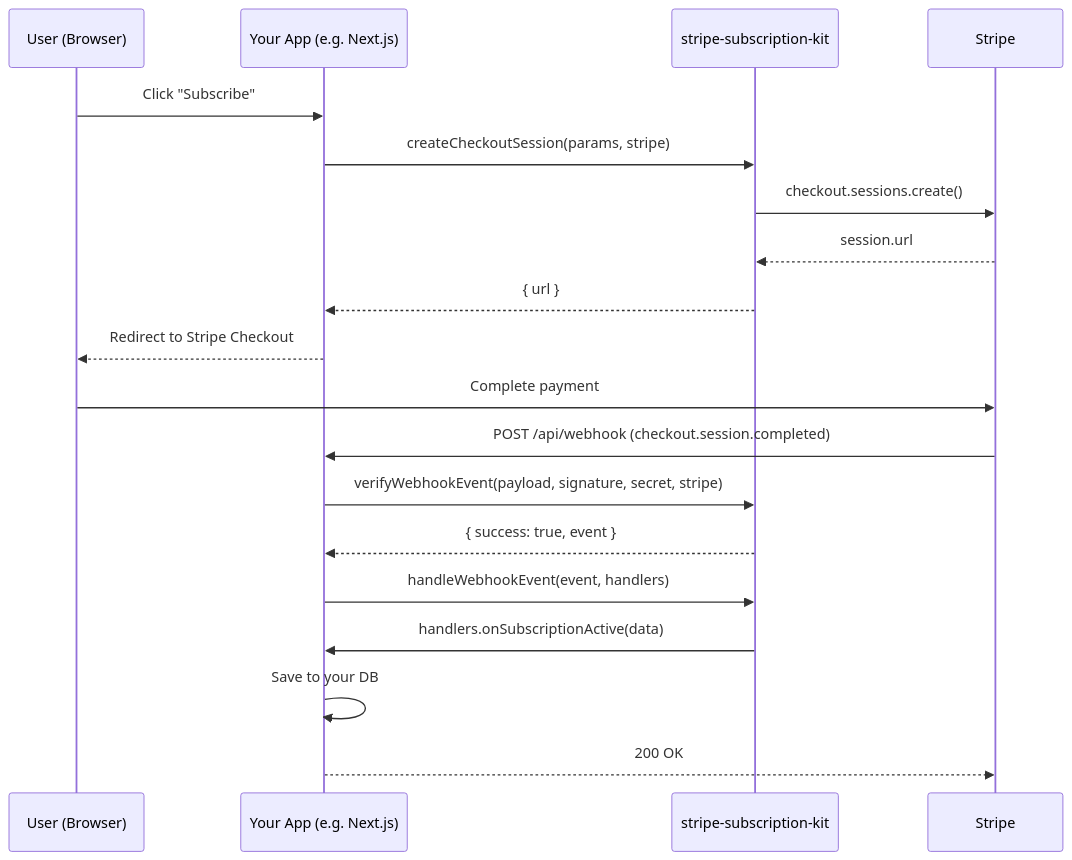
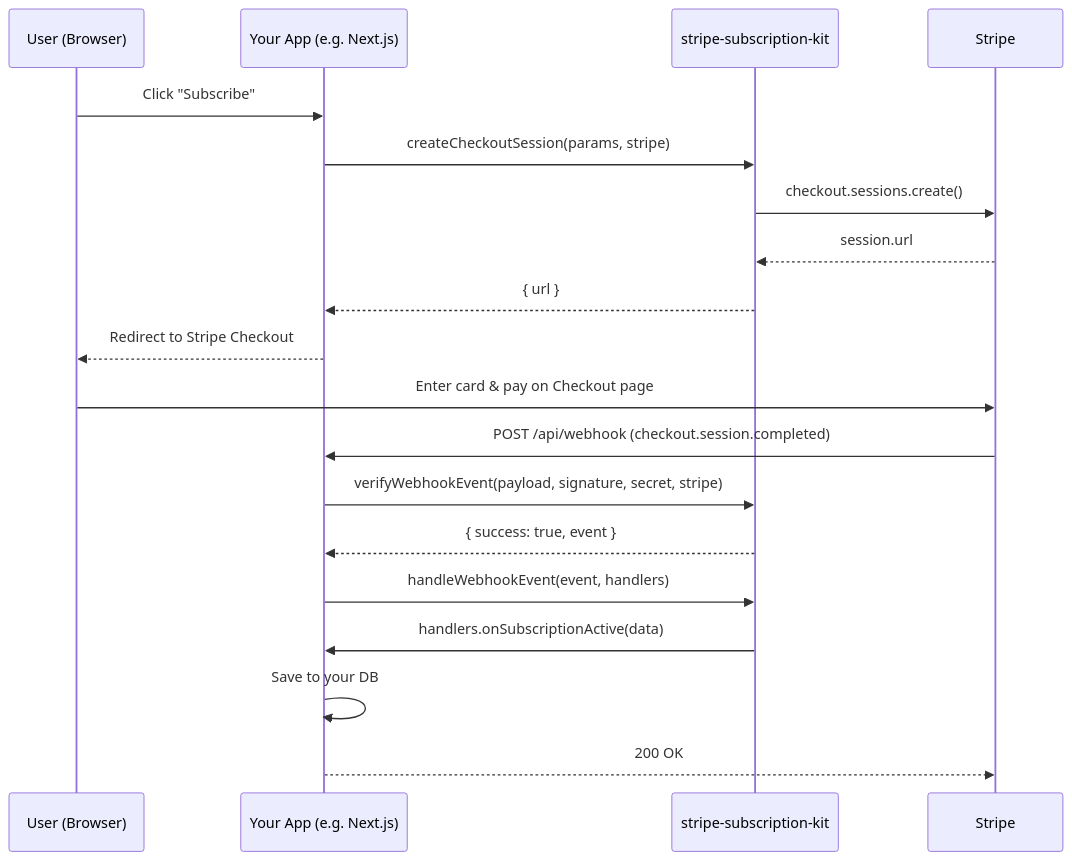
Before and after one commit to oxnut134/stripe-subscription-kit: the first of 2 diagrams in README.ja.md, drawn with Mermaid. The commit also changed other lines of this file, not shown here.

Commit message:
Add renewal flow to Japanese README and remove npm notice

````diff
--- a/README.ja.md
+++ b/README.ja.md
@@ -32,23 +29,23 @@
 ```mermaid
 sequenceDiagram
     participant User as User (Browser)
     participant App as Your App (e.g. Next.js)
     participant Kit as stripe-subscription-kit
     participant Stripe
 
     User->>App: Click "Subscribe"
     App->>Kit: createCheckoutSession(params, stripe)
     Kit->>Stripe: checkout.sessions.create()
     Stripe-->>Kit: session.url
     Kit-->>App: { url }
     App-->>User: Redirect to Stripe Checkout
-    User->>Stripe: Complete payment
+    User->>Stripe: Enter card & pay on Checkout page
 
     Stripe->>App: POST /api/webhook (checkout.session.completed)
     App->>Kit: verifyWebhookEvent(payload, signature, secret, stripe)
     Kit-->>App: { success: true, event }
     App->>Kit: handleWebhookEvent(event, handlers)
     Kit->>App: handlers.onSubscriptionActive(data)
     App->>App: Save to your DB
     App-->>Stripe: 200 OK
 ```
````
